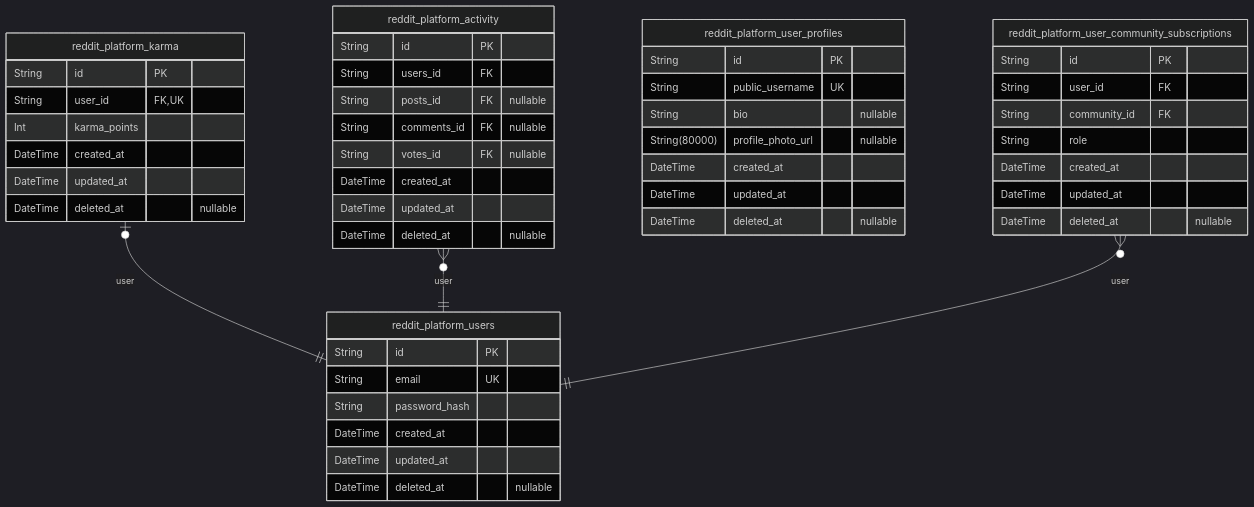
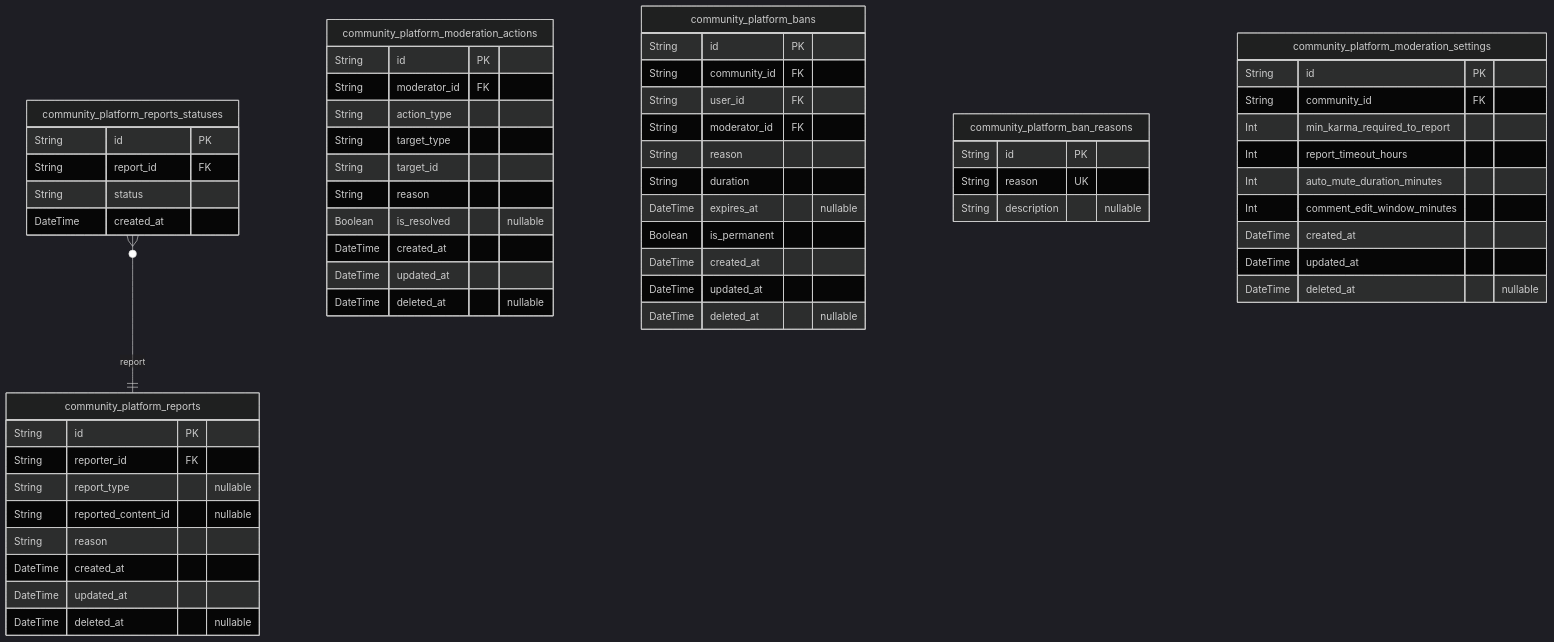
One commit to wrtnlabs/autobe-examples changed the eighth of 8 diagrams in qwen/qwen3-30b-a3b-thinking-2507/reddit/docs/ERD.md. Above: the diagram before and after it, drawn with Mermaid (dark theme). The commit also changed other lines of this file and 9391 other files, not shown here.

````diff
--- a/qwen/qwen3-30b-a3b-thinking-2507/reddit/docs/ERD.md
+++ b/qwen/qwen3-30b-a3b-thinking-2507/reddit/docs/ERD.md
@@ -1205,50 +906,61 @@
 ```mermaid
 erDiagram
-"reddit_platform_users" {
+"community_platform_reports" {
   String id PK
-  String email UK
-  String password_hash
+  String reporter_id FK
+  String report_type "nullable"
+  String reported_content_id "nullable"
+  String reason
   DateTime created_at
   DateTime updated_at
   DateTime deleted_at "nullable"
 }
-"reddit_platform_karma" {
+"community_platform_reports_statuses" {
   String id PK
-  String user_id FK,UK
-  Int karma_points
+  String report_id FK
+  String status
+  DateTime created_at
+}
+"community_platform_moderation_actions" {
+  String id PK
+  String moderator_id FK
+  String action_type
+  String target_type
+  String target_id
+  String reason
+  Boolean is_resolved "nullable"
   DateTime created_at
   DateTime updated_at
   DateTime deleted_at "nullable"
 }
-"reddit_platform_activity" {
+"community_platform_bans" {
   String id PK
-  String users_id FK
-  String posts_id FK "nullable"
-  String comments_id FK "nullable"
-  String votes_id FK "nullable"
+  String community_id FK
+  String user_id FK
+  String moderator_id FK
+  String reason
+  String duration
+  DateTime expires_at "nullable"
+  Boolean is_permanent
   DateTime created_at
   DateTime updated_at
   DateTime deleted_at "nullable"
 }
-"reddit_platform_user_profiles" {
+"community_platform_ban_reasons" {
   String id PK
-  String public_username UK
-  String bio "nullable"
-  String(80000) profile_photo_url "nullable"
+  String reason UK
+  String description "nullable"
+}
+"community_platform_moderation_settings" {
+  String id PK
+  String community_id FK
+  Int min_karma_required_to_report
+  Int report_timeout_hours
+  Int auto_mute_duration_minutes
+  Int comment_edit_window_minutes
   DateTime created_at
   DateTime updated_at
   DateTime deleted_at "nullable"
 }
-"reddit_platform_user_community_subscriptions" {
-  String id PK
-  String user_id FK
-  String community_id FK
-  String role
-  DateTime created_at
-  DateTime updated_at
-  DateTime deleted_at "nullable"
-}
-"reddit_platform_karma" |o--|| "reddit_platform_users" : user
-"reddit_platform_activity" }o--|| "reddit_platform_users" : user
-"reddit_platform_user_community_subscriptions" }o--|| "reddit_platform_users" : user
+"community_platform_reports_statuses" }o--|| "community_platform_reports" : report
 ```
````
